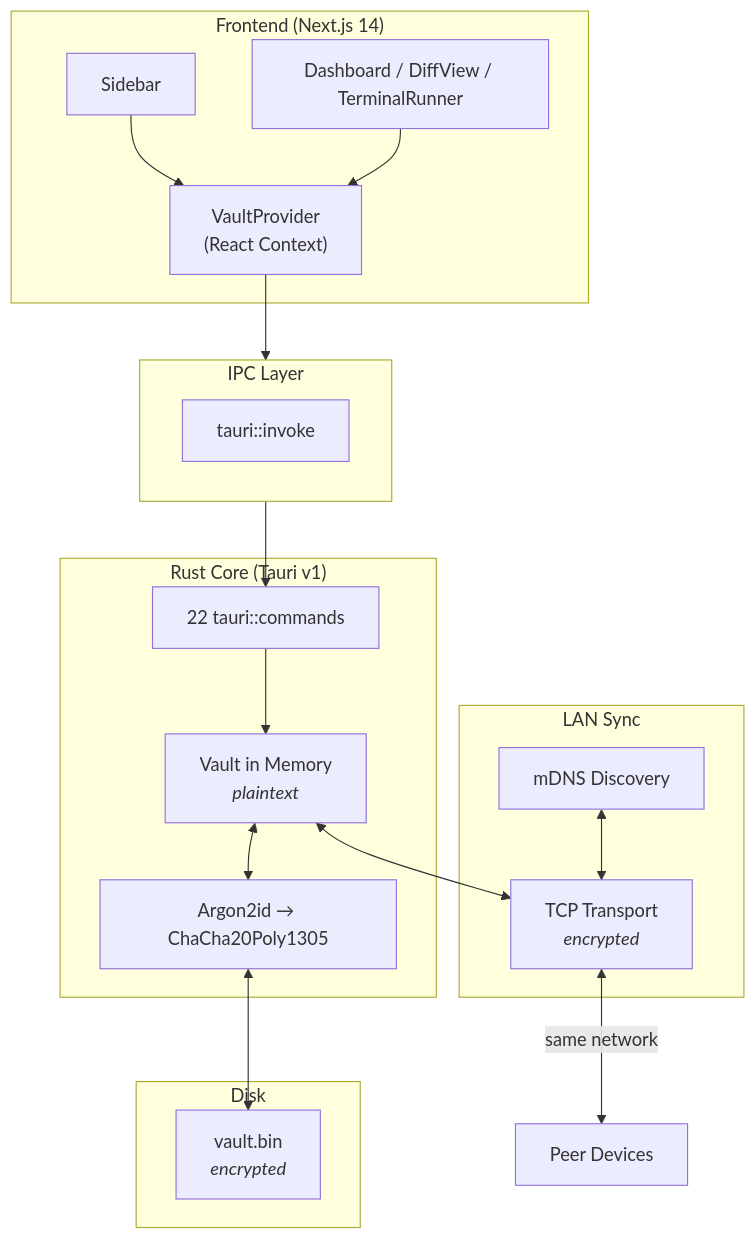
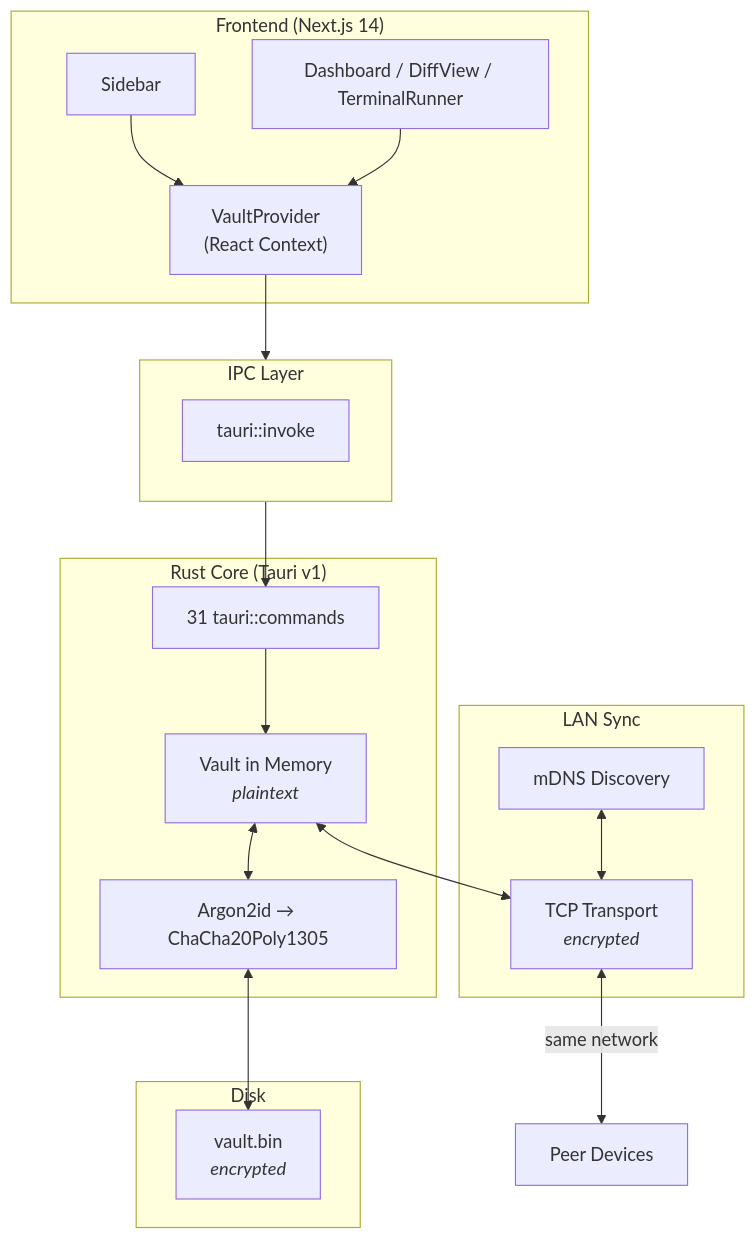
Before and after one commit to kyawsoe-dev/enveil: the first of 2 diagrams in README.md, drawn with Mermaid. The commit also changed other lines of this file and 14 other files, not shown here.

````diff
--- a/README.md
+++ b/README.md
@@ -96,38 +102,38 @@
 ```mermaid
 flowchart TD
     subgraph Frontend["Frontend (Next.js 14)"]
         S[Sidebar]
         DV[Dashboard / DiffView / TerminalRunner]
         VP["VaultProvider<br/>(React Context)"]
         S --> VP
         DV --> VP
     end
 
     subgraph IPC["IPC Layer"]
         INV[tauri::invoke]
     end
 
     subgraph Rust["Rust Core (Tauri v1)"]
-        CMD[22 tauri::commands]
+        CMD[31 tauri::commands]
         VAULT[Vault in Memory<br/><i>plaintext</i>]
         CRYPTO[Argon2id → ChaCha20Poly1305]
         CMD --> VAULT
         VAULT <--> CRYPTO
     end
 
     subgraph Storage["Disk"]
         FILE[vault.bin<br/><i>encrypted</i>]
     end
 
     subgraph Network["LAN Sync"]
         MDNS[mDNS Discovery]
         TCP[TCP Transport<br/><i>encrypted</i>]
         MDNS <--> TCP
     end
 
     VP --> IPC
     IPC --> CMD
     CRYPTO <--> FILE
     VAULT <--> TCP
     TCP <--> |same network| PEER[Peer Devices]
 ```
````
